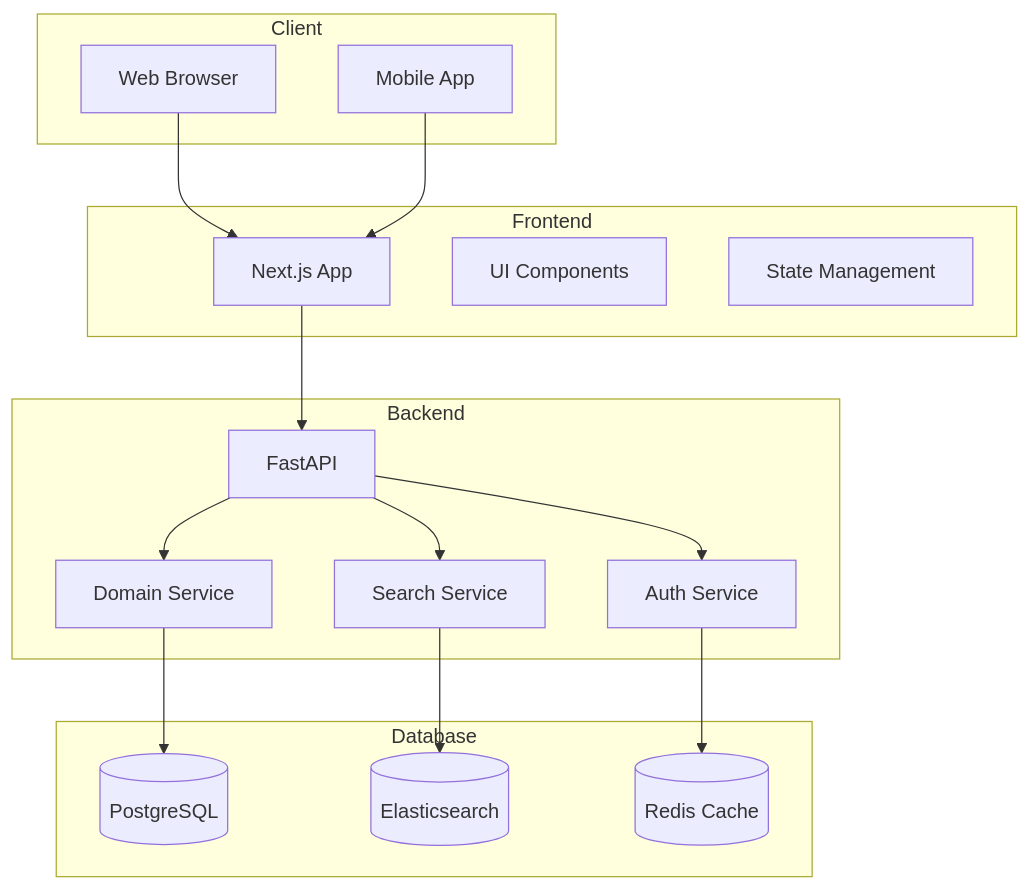
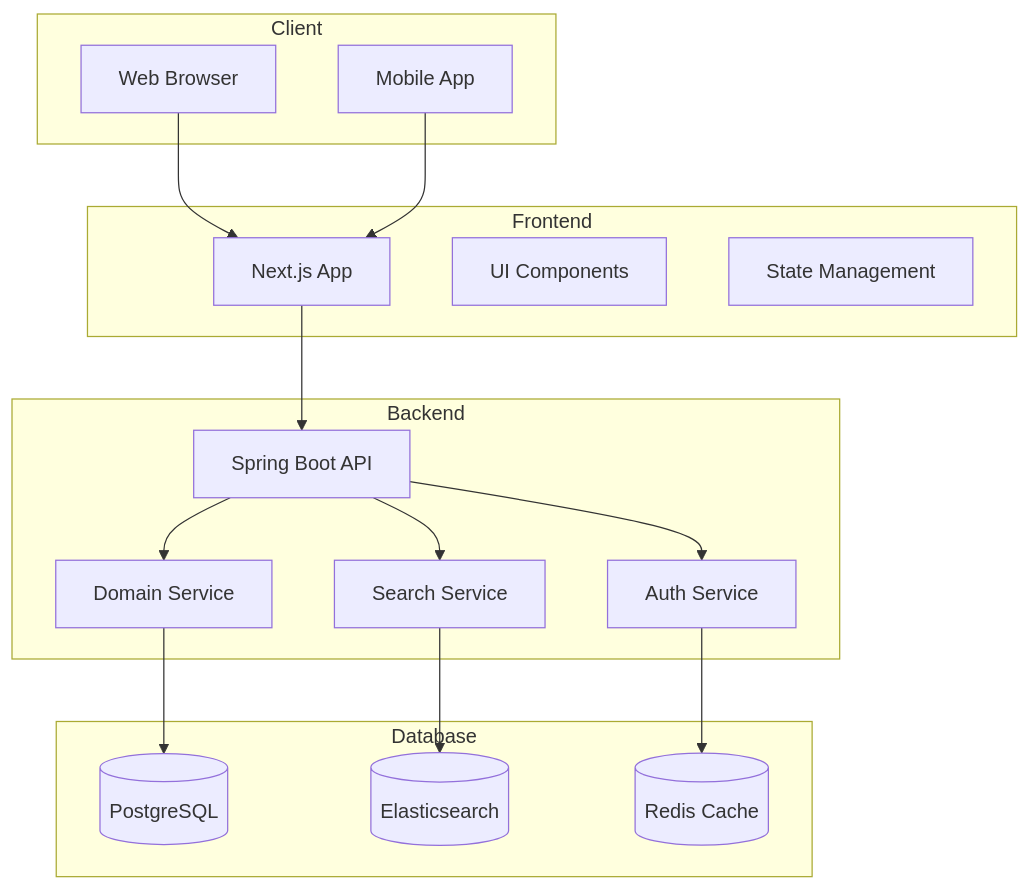
Before and after one commit to gonghojin/prompt-center: the first of 2 diagrams in req/architecture.md, drawn with Mermaid. The commit also changed other lines of this file and 11 other files, not shown here.

````diff
--- a/req/architecture.md
+++ b/req/architecture.md
@@ -14,36 +14,36 @@
 ```mermaid
 graph TB
     subgraph Client
         Web[Web Browser]
         Mobile[Mobile App]
     end
 
     subgraph Frontend
         Next[Next.js App]
         UI[UI Components]
         State[State Management]
     end
 
     subgraph Backend
-        API[FastAPI]
+        API[Spring Boot API]
         Auth[Auth Service]
         Domain[Domain Service]
         Search[Search Service]
     end
 
     subgraph Database
         PG[(PostgreSQL)]
         ES[(Elasticsearch)]
         Redis[(Redis Cache)]
     end
 
     Web --> Next
     Mobile --> Next
     Next --> API
     API --> Auth
     API --> Domain
     API --> Search
     Domain --> PG
     Search --> ES
     Auth --> Redis
 ```
````
